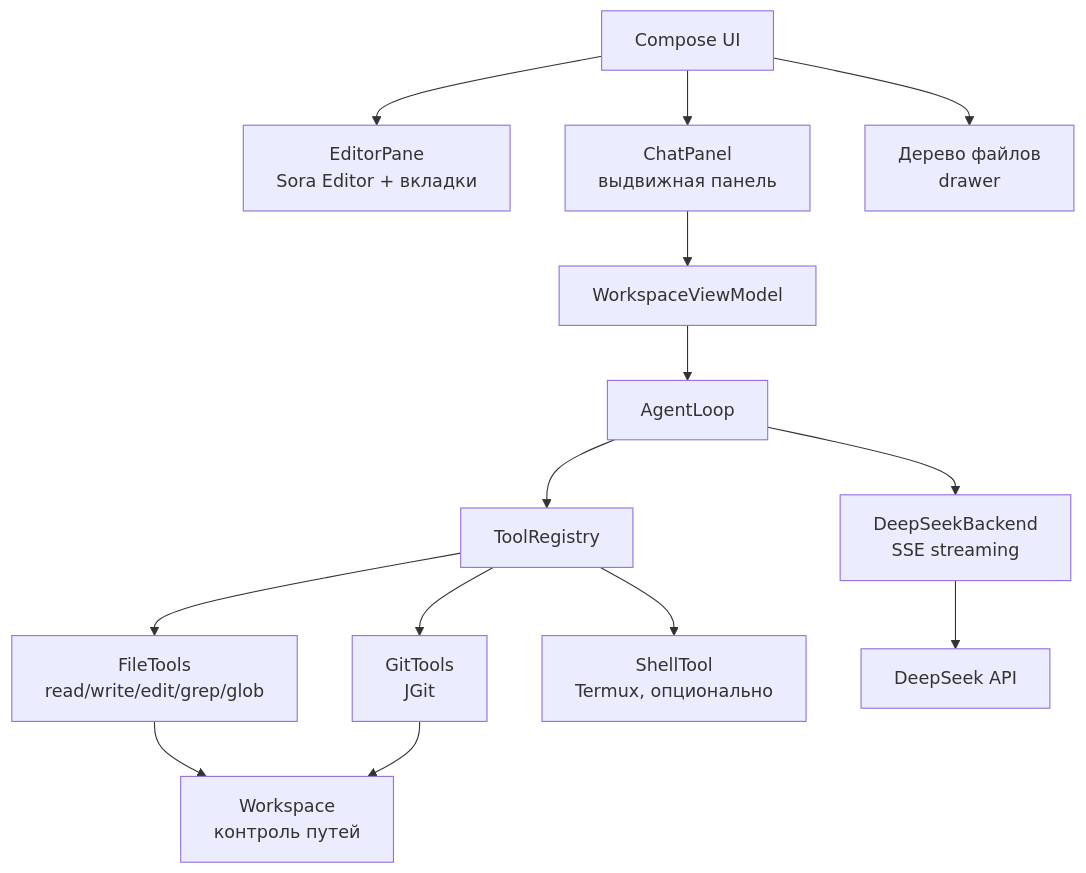
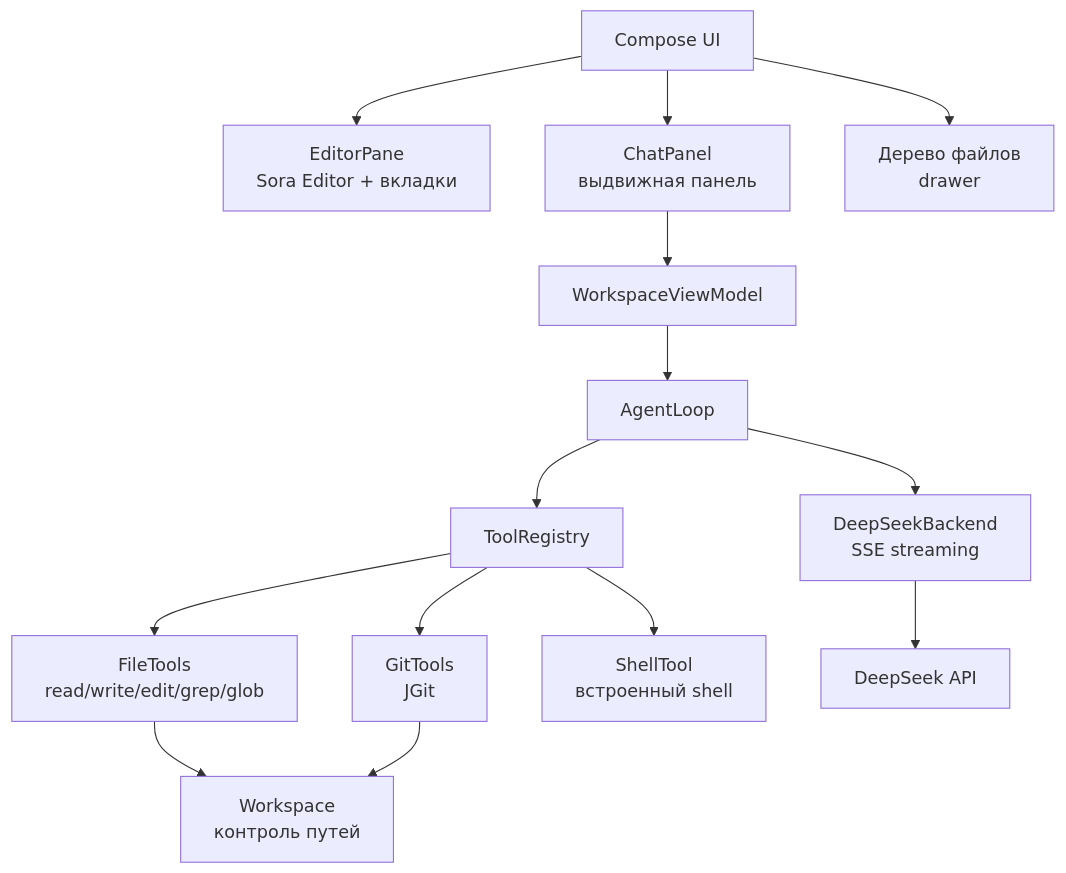
One commit to hvkeyn/CEditNeuro changed the first of 2 diagrams in HANDOFF.md. Above: the diagram before and after it, drawn with Mermaid. The commit also changed other lines of this file and 15 other files, not shown here.

First line of the commit message:
Add a built-in shell so commands do not depend on Termux.

````diff
--- a/HANDOFF.md
+++ b/HANDOFF.md
@@ -27,16 +27,16 @@
 ```mermaid
 graph TD
     UI[Compose UI] --> ED[EditorPane<br/>Sora Editor + вкладки]
     UI --> CH[ChatPanel<br/>выдвижная панель]
     UI --> FT[Дерево файлов<br/>drawer]
     CH --> VM[WorkspaceViewModel]
     VM --> AG[AgentLoop]
     AG --> BE[DeepSeekBackend<br/>SSE streaming]
     AG --> TR[ToolRegistry]
     TR --> FTools[FileTools<br/>read/write/edit/grep/glob]
     TR --> GTools[GitTools<br/>JGit]
-    TR --> STools[ShellTool<br/>Termux, опционально]
+    TR --> STools[ShellTool<br/>встроенный shell]
     FTools --> WS[Workspace<br/>контроль путей]
     GTools --> WS
     BE --> DS[DeepSeek API]
 ```
````
